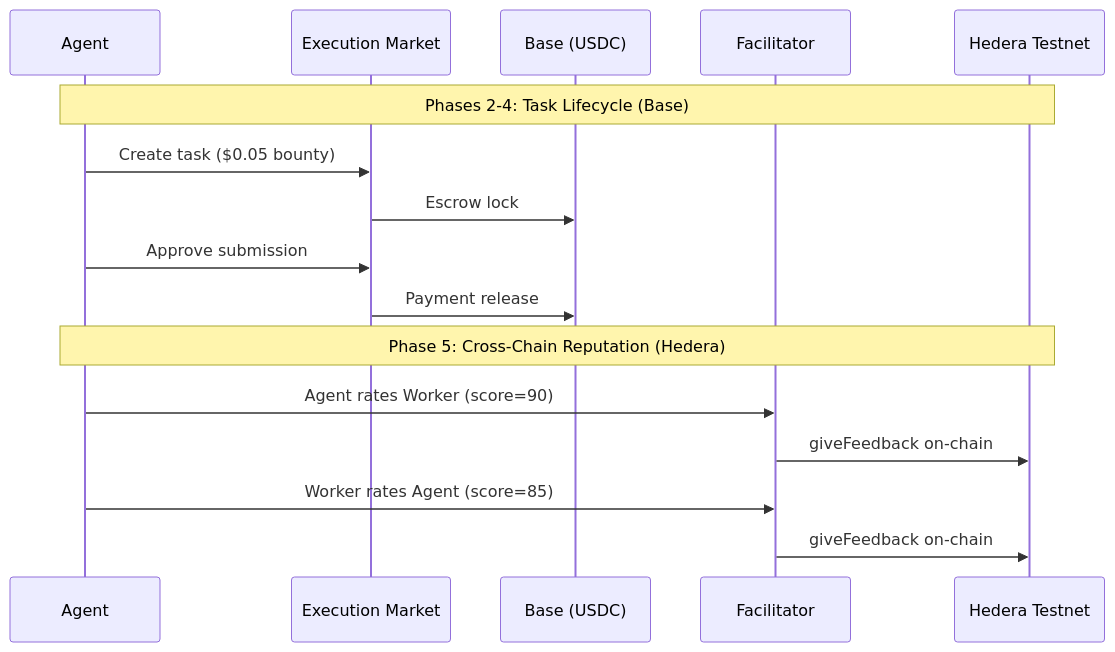
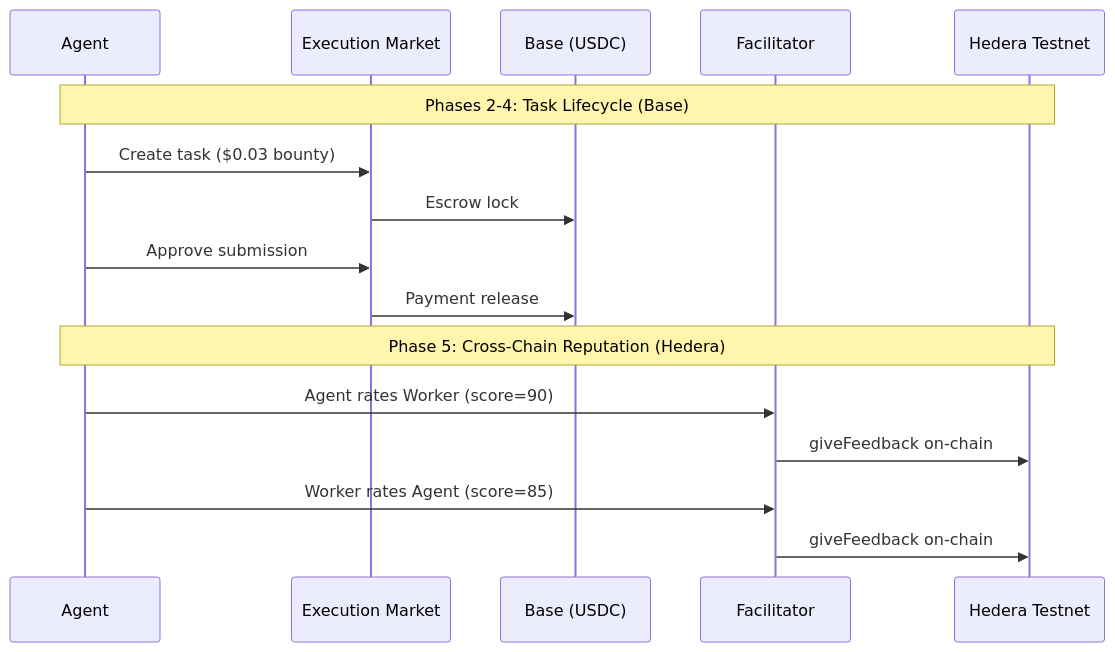
One commit to yesig3/em-cannes-hackathon changed the diagram in hedera/GOLDEN_FLOW_HEDERA_REPORT.md. Above: the diagram before and after it, drawn with Mermaid. The commit also changed other lines of this file and 5 other files, not shown here.

First line of the commit message:
docs: update all documentation with HCS integration + Golden Flow 7/7

````diff
--- a/hedera/GOLDEN_FLOW_HEDERA_REPORT.md
+++ b/hedera/GOLDEN_FLOW_HEDERA_REPORT.md
@@ -52,20 +52,20 @@
 ```mermaid
 sequenceDiagram
     participant A as Agent
     participant EM as Execution Market
     participant B as Base (USDC)
     participant F as Facilitator
     participant H as Hedera Testnet
 
     Note over A,H: Phases 2-4: Task Lifecycle (Base)
-    A->>EM: Create task ($0.05 bounty)
+    A->>EM: Create task ($0.03 bounty)
     EM->>B: Escrow lock
     A->>EM: Approve submission
     EM->>B: Payment release
 
     Note over A,H: Phase 5: Cross-Chain Reputation (Hedera)
     A->>F: Agent rates Worker (score=90)
     F->>H: giveFeedback on-chain
     A->>F: Worker rates Agent (score=85)
     F->>H: giveFeedback on-chain
 ```
````
